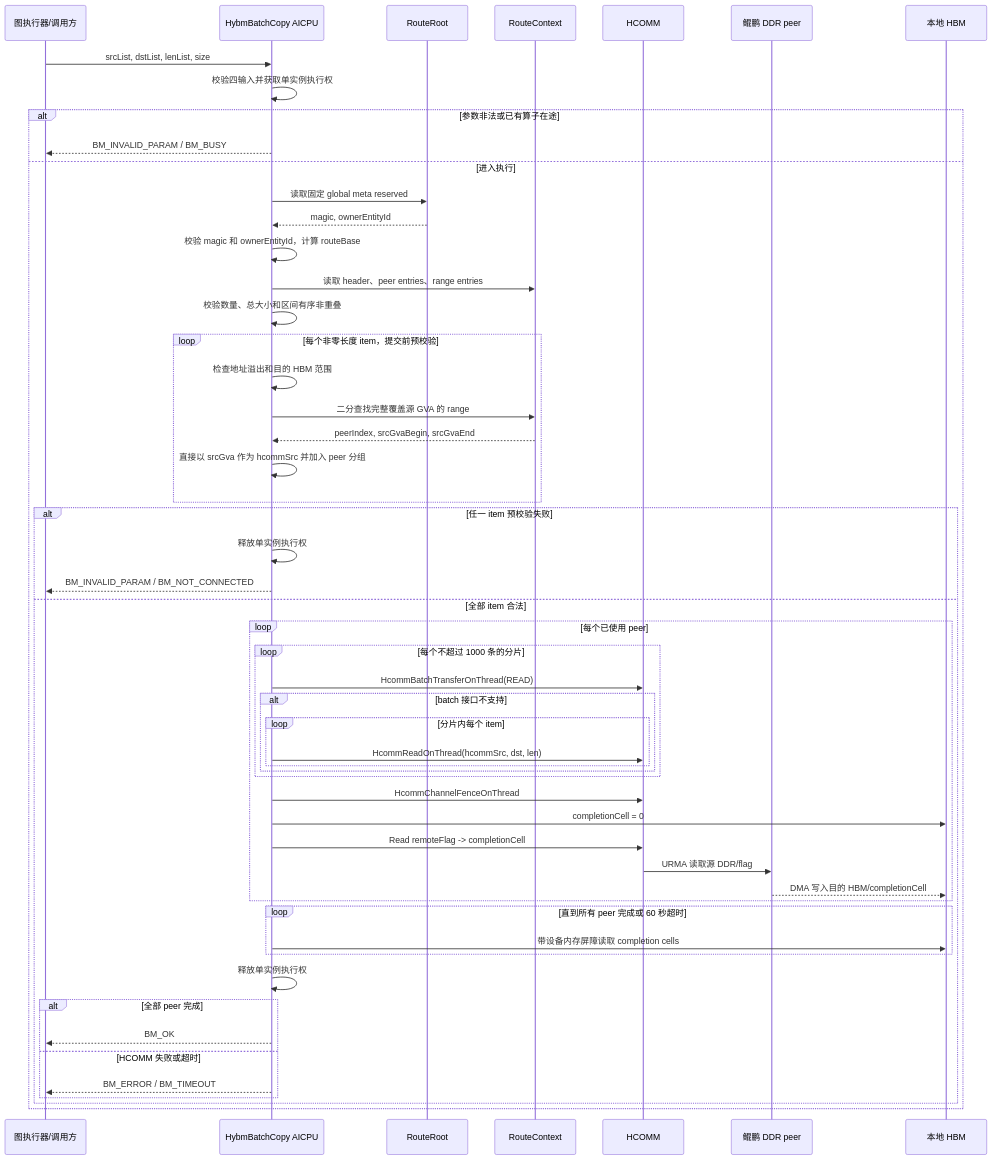
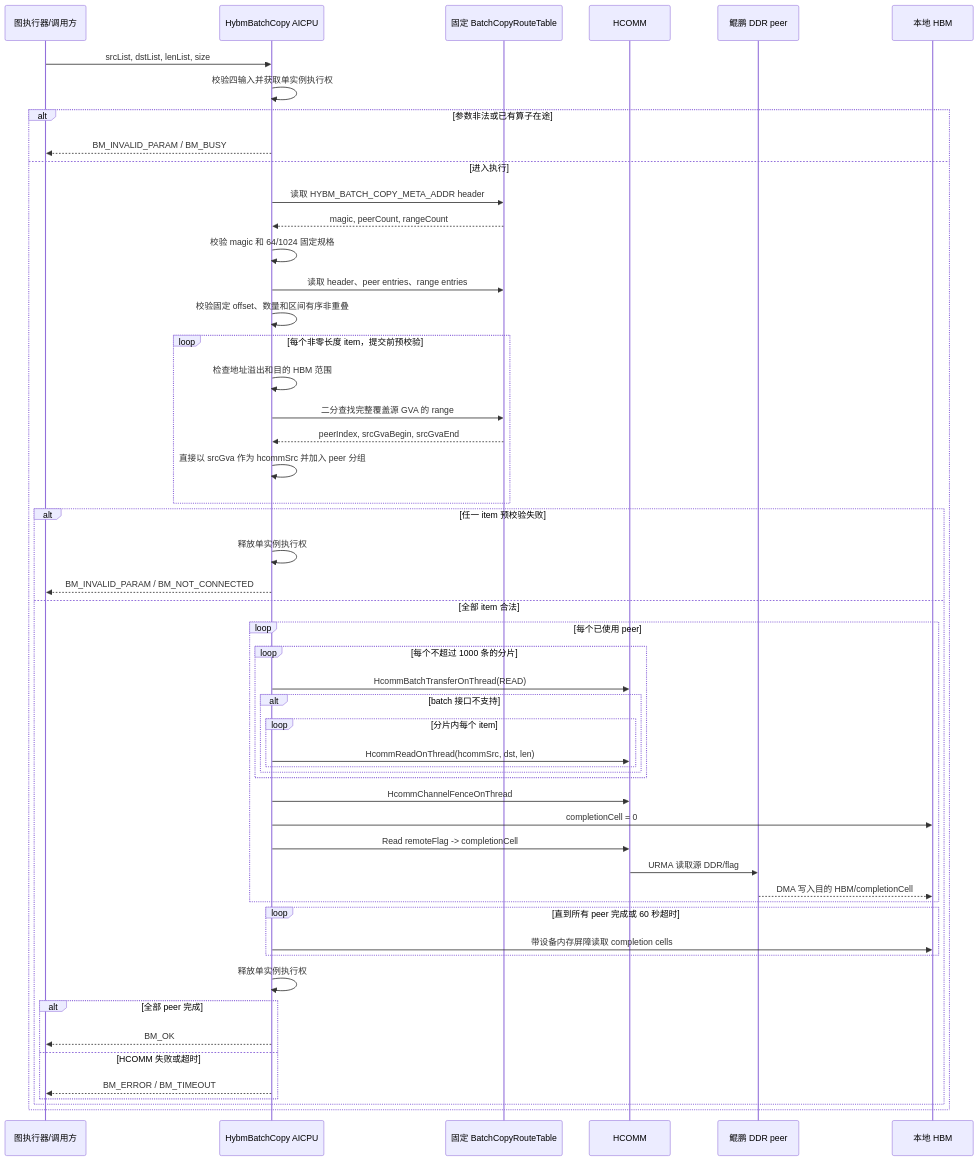
One commit to NoCoder0/memfabric_hybrid changed the third of 3 diagrams in docs/batch_copy_aicpu_urma_design.md. Above: the diagram before and after it, drawn with Mermaid. The commit also changed other lines of this file and 1 other file, not shown here.

Commit message:
docs: redesign batch copy route metadata layout

````diff
--- a/docs/batch_copy_aicpu_urma_design.md
+++ b/docs/batch_copy_aicpu_urma_design.md
@@ -411,57 +482,56 @@
 ```mermaid
 sequenceDiagram
     participant U as 图执行器/调用方
     participant O as HybmBatchCopy AICPU
-    participant G as RouteRoot
-    participant T as RouteContext
+    participant T as 固定 BatchCopyRouteTable
     participant H as HCOMM
     participant P as 鲲鹏 DDR peer
     participant D as 本地 HBM
 
     U->>O: srcList, dstList, lenList, size
     O->>O: 校验四输入并获取单实例执行权
     alt 参数非法或已有算子在途
         O-->>U: BM_INVALID_PARAM / BM_BUSY
     else 进入执行
-        O->>G: 读取固定 global meta reserved
-        G-->>O: magic, ownerEntityId
-        O->>O: 校验 magic 和 ownerEntityId，计算 routeBase
+        O->>T: 读取 HYBM_BATCH_COPY_META_ADDR header
+        T-->>O: magic, peerCount, rangeCount
+        O->>O: 校验 magic 和 64/1024 固定规格
         O->>T: 读取 header、peer entries、range entries
-        O->>O: 校验数量、总大小和区间有序非重叠
+        O->>O: 校验固定 offset、数量和区间有序非重叠
         loop 每个非零长度 item，提交前预校验
             O->>O: 检查地址溢出和目的 HBM 范围
             O->>T: 二分查找完整覆盖源 GVA 的 range
             T-->>O: peerIndex, srcGvaBegin, srcGvaEnd
             O->>O: 直接以 srcGva 作为 hcommSrc 并加入 peer 分组
         end
         alt 任一 item 预校验失败
             O->>O: 释放单实例执行权
             O-->>U: BM_INVALID_PARAM / BM_NOT_CONNECTED
         else 全部 item 合法
             loop 每个已使用 peer
                 loop 每个不超过 1000 条的分片
                     O->>H: HcommBatchTransferOnThread(READ)
                     alt batch 接口不支持
                         loop 分片内每个 item
                             O->>H: HcommReadOnThread(hcommSrc, dst, len)
                         end
                     end
                 end
                 O->>H: HcommChannelFenceOnThread
                 O->>D: completionCell = 0
                 O->>H: Read remoteFlag -> completionCell
                 H->>P: URMA 读取源 DDR/flag
                 P-->>D: DMA 写入目的 HBM/completionCell
             end
             loop 直到所有 peer 完成或 60 秒超时
                 O->>D: 带设备内存屏障读取 completion cells
             end
             O->>O: 释放单实例执行权
             alt 全部 peer 完成
                 O-->>U: BM_OK
             else HCOMM 失败或超时
                 O-->>U: BM_ERROR / BM_TIMEOUT
             end
         end
     end
 ```
````
